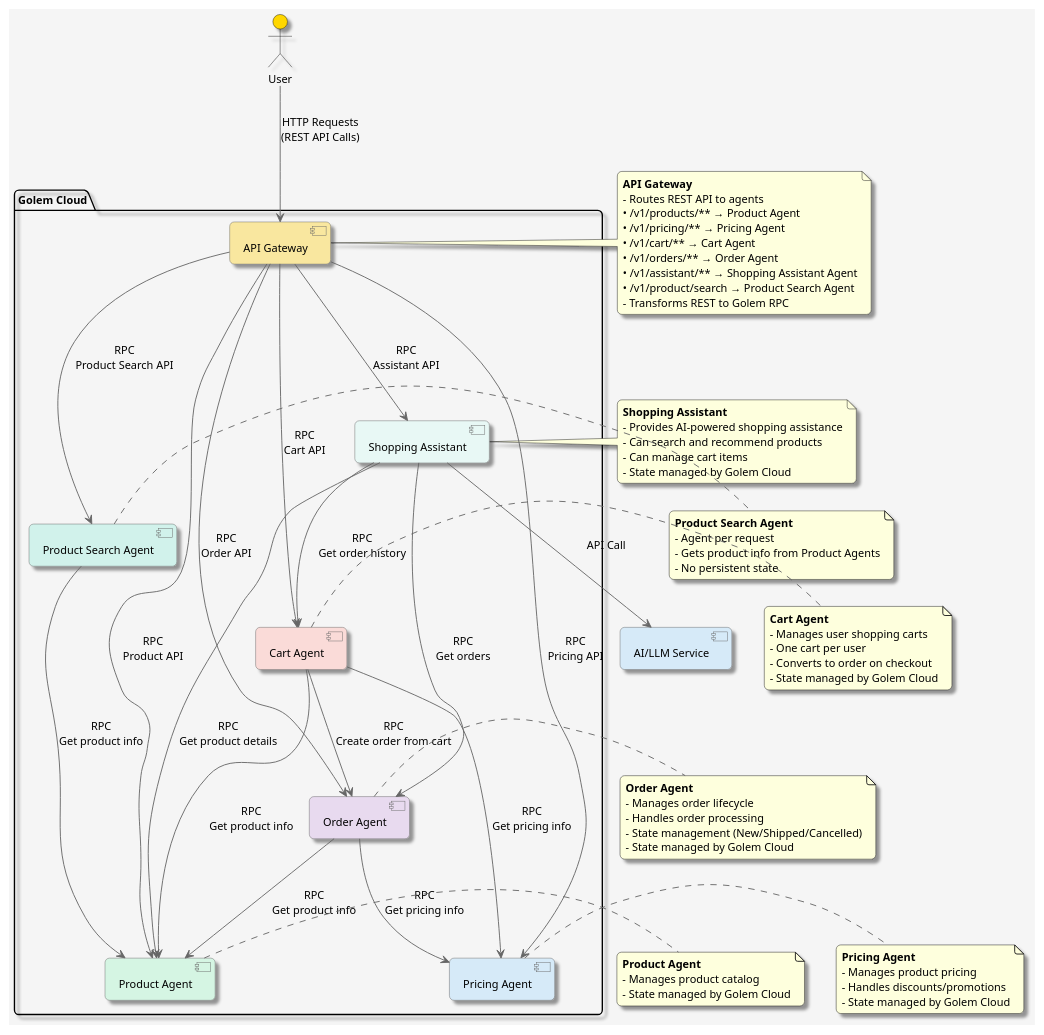
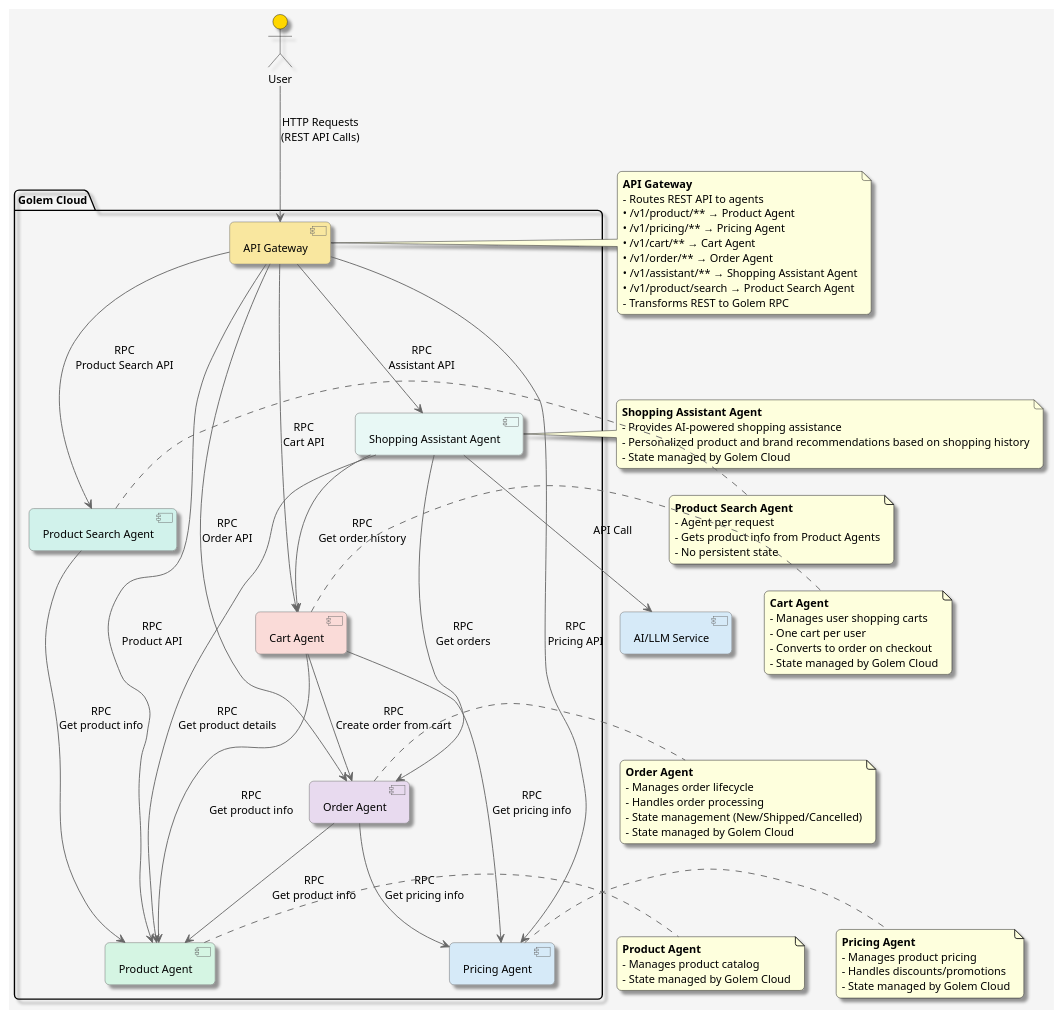
Before and after one commit to justcoon/golem-shopping-rust: the diagram in architecture.puml, drawn with PlantUML. The commit also changed 2 other files, not shown here.

```diff
--- a/architecture.puml
+++ b/architecture.puml
@@ -1,113 +1,112 @@
 @startuml Golem Shopping Architecture
 
 ' Define styles
 skinparam componentStyle uml2
 skinparam backgroundColor #F5F5F5
 skinparam defaultFontName Arial
 skinparam defaultFontSize 12
 skinparam roundcorner 10
 skinparam shadowing true
 skinparam ArrowColor #666666
 skinparam ComponentBackgroundColor #E8E8E8
 skinparam ComponentBorderColor #666666
 
 ' Define components
 actor "User" as user #FFD700
 
 package "Golem Cloud" {
     [API Gateway] as gateway #F9E79F
     [Product Agent] as product #D5F5E3
     [Pricing Agent] as pricing #D6EAF8
     [Cart Agent] as cart #FADBD8
     [Order Agent] as order #E8DAEF
     [Product Search Agent] as product_search #D1F2EB
-    [Shopping Assistant] as assistant #E8F8F5
+    [Shopping Assistant Agent] as assistant #E8F8F5
 }
 
 ' Define relationships
 user --> gateway : "HTTP Requests\n(REST API Calls)"
 
 gateway --> product : "RPC\nProduct API"
 gateway --> pricing : "RPC\nPricing API"
 gateway --> cart : "RPC\nCart API"
 gateway --> order : "RPC\nOrder API"
 gateway --> product_search : "RPC\nProduct Search API"
 gateway --> assistant : "RPC\nAssistant API"
 
 ' Agent-to-agent communication
 cart --> product : "RPC\nGet product info"
 cart --> pricing : "RPC\nGet pricing info"
 cart --> order : "RPC\nCreate order from cart"
 order --> product : "RPC\nGet product info"
 order --> pricing : "RPC\nGet pricing info"
 product_search --> product : "RPC\nGet product info"
 
 ' Shopping Assistant relationships
 assistant --> cart : "RPC\nGet order history"
 assistant --> order : "RPC\nGet orders"
 assistant --> product : "RPC\nGet product details"
 
 ' Add notes
 note right of gateway
   <b>API Gateway</b>
   - Routes REST API to agents
-  • /v1/products/** → Product Agent
+  • /v1/product/** → Product Agent
   • /v1/pricing/** → Pricing Agent
   • /v1/cart/** → Cart Agent
-  • /v1/orders/** → Order Agent
+  • /v1/order/** → Order Agent
   • /v1/assistant/** → Shopping Assistant Agent
   • /v1/product/search → Product Search Agent
   - Transforms REST to Golem RPC
 end note
 
 note right of product
   <b>Product Agent</b>
   - Manages product catalog
   - State managed by Golem Cloud
 end note
 
 note right of pricing
   <b>Pricing Agent</b>
   - Manages product pricing
   - Handles discounts/promotions
   - State managed by Golem Cloud
 end note
 
 note right of cart
   <b>Cart Agent</b>
   - Manages user shopping carts
   - One cart per user
   - Converts to order on checkout
   - State managed by Golem Cloud
 end note
 
 note right of order
   <b>Order Agent</b>
   - Manages order lifecycle
   - Handles order processing
   - State management (New/Shipped/Cancelled)
   - State managed by Golem Cloud
 end note
 
 note right of product_search
   <b>Product Search Agent</b>
   - Agent per request
   - Gets product info from Product Agents
   - No persistent state
 end note
 
 ' External Services
 [AI/LLM Service] as llm #D6EAF8
 
 ' Connect LLM to Shopping Assistant
 assistant --> llm : "API Call"
 
 note right of assistant
-  <b>Shopping Assistant</b>
+  <b>Shopping Assistant Agent</b>
   - Provides AI-powered shopping assistance
-  - Can search and recommend products
-  - Can manage cart items
+  - Personalized product and brand recommendations based on shopping history
   - State managed by Golem Cloud
 end note
 
 @enduml
```
